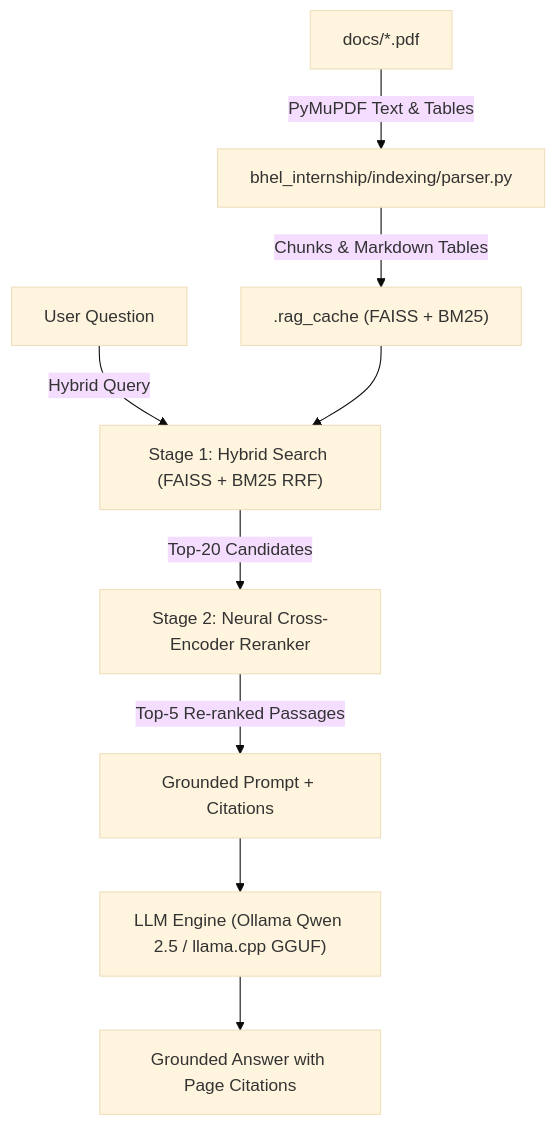
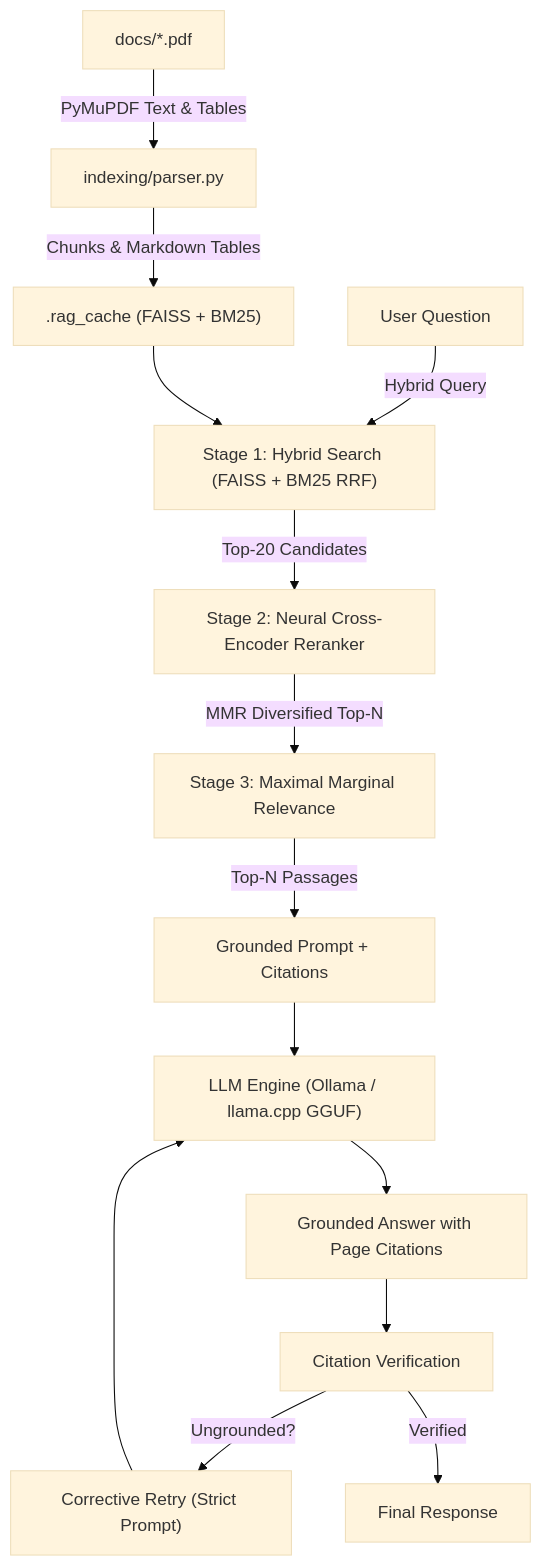
Before and after one commit to adhvaith267/bhel_internship: the diagram in README.md, drawn with Mermaid (base theme). The commit also changed other lines of this file and 14 other files, not shown here.

````diff
--- a/README.md
+++ b/README.md
@@ -76,13 +81,19 @@
 ```mermaid
 flowchart TD
-    PDF["docs/*.pdf"] -->|PyMuPDF Text & Tables| Ingest["bhel_internship/indexing/parser.py"]
+    PDF["docs/*.pdf"] -->|PyMuPDF Text & Tables| Ingest["indexing/parser.py"]
     Ingest -->|Chunks & Markdown Tables| Cache[".rag_cache (FAISS + BM25)"]
 
     UserQuery["User Question"] -->|Hybrid Query| RRF["Stage 1: Hybrid Search (FAISS + BM25 RRF)"]
     Cache --> RRF
     RRF -->|Top-20 Candidates| Rerank["Stage 2: Neural Cross-Encoder Reranker"]
-    Rerank -->|Top-5 Re-ranked Passages| Prompt["Grounded Prompt + Citations"]
+    Rerank -->|MMR Diversified Top-N| MMR["Stage 3: Maximal Marginal Relevance"]
+    MMR -->|Top-N Passages| Prompt["Grounded Prompt + Citations"]
 
-    Prompt --> LLM["LLM Engine (Ollama Qwen 2.5 / llama.cpp GGUF)"]
+    Prompt --> LLM["LLM Engine (Ollama / llama.cpp GGUF)"]
     LLM --> Answer["Grounded Answer with Page Citations"]
+
+    Answer --> Verify["Citation Verification"]
+    Verify -->|Ungrounded?| Retry["Corrective Retry (Strict Prompt)"]
+    Retry --> LLM
+    Verify -->|Verified| Final["Final Response"]
 ```
````
